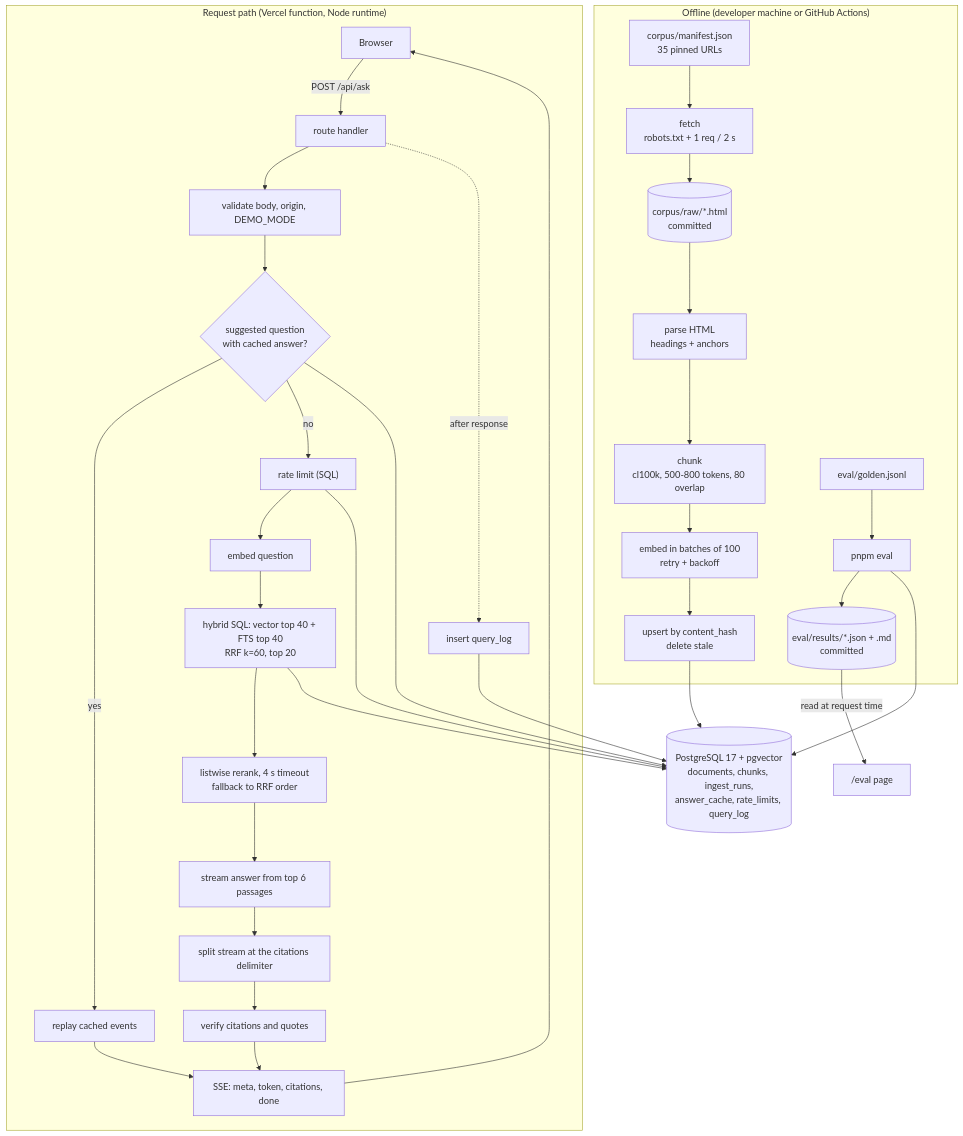
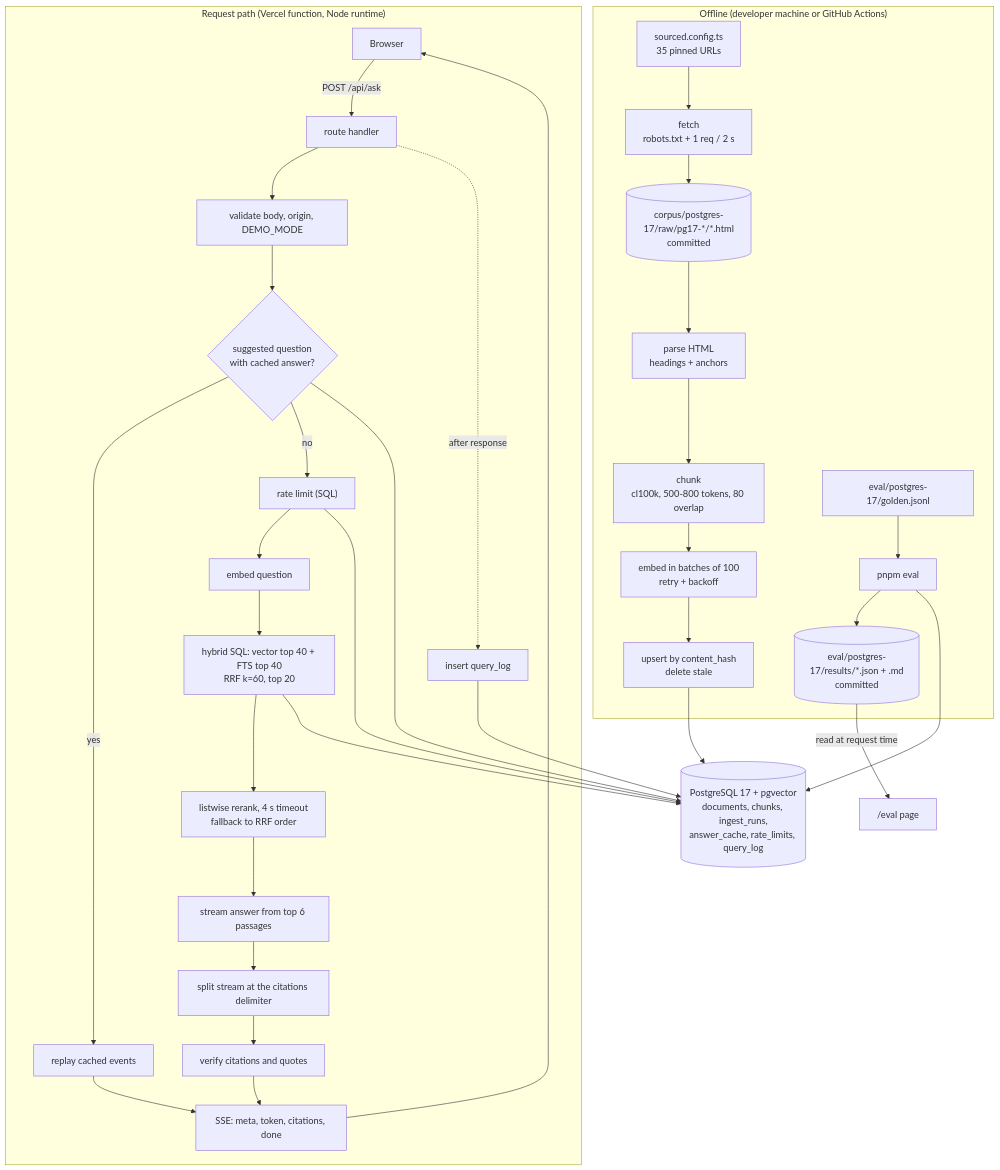
The diagram in README.md (firatkill/sourced), drawn with Mermaid before and after one commit. The commit also changed other lines of this file and 84 other files, not shown here.

````diff
--- a/README.md
+++ b/README.md
@@ -22,40 +22,40 @@
 ```mermaid
 flowchart TB
   subgraph Offline["Offline (developer machine or GitHub Actions)"]
-    MAN["corpus/manifest.json<br/>35 pinned URLs"] --> FET["fetch<br/>robots.txt + 1 req / 2 s"]
-    FET --> RAW[("corpus/raw/*.html<br/>committed")]
+    MAN["sourced.config.ts<br/>35 pinned URLs"] --> FET["fetch<br/>robots.txt + 1 req / 2 s"]
+    FET --> RAW[("corpus/postgres-17/raw/pg17-*/*.html<br/>committed")]
     RAW --> PAR["parse HTML<br/>headings + anchors"]
     PAR --> CHK["chunk<br/>cl100k, 500-800 tokens, 80 overlap"]
     CHK --> EMB["embed in batches of 100<br/>retry + backoff"]
     EMB --> UPS["upsert by content_hash<br/>delete stale"]
-    GOLD["eval/golden.jsonl"] --> EVAL["pnpm eval"]
-    EVAL --> RES[("eval/results/*.json + .md<br/>committed")]
+    GOLD["eval/postgres-17/golden.jsonl"] --> EVAL["pnpm eval"]
+    EVAL --> RES[("eval/postgres-17/results/*.json + .md<br/>committed")]
   end
 
   UPS --> DB[("PostgreSQL 17 + pgvector<br/>documents, chunks, ingest_runs,<br/>answer_cache, rate_limits, query_log")]
   EVAL --> DB
 
   subgraph Request["Request path (Vercel function, Node runtime)"]
     BR["Browser"] -->|"POST /api/ask"| RT["route handler"]
     RT --> VAL["validate body, origin, DEMO_MODE"]
     VAL --> CQ{"suggested question<br/>with cached answer?"}
     CQ -->|yes| REP["replay cached events"]
     CQ -->|no| RL["rate limit (SQL)"]
     RL --> EQ["embed question"]
     EQ --> HS["hybrid SQL: vector top 40 + FTS top 40<br/>RRF k=60, top 20"]
     HS --> RR["listwise rerank, 4 s timeout<br/>fallback to RRF order"]
     RR --> GEN["stream answer from top 6 passages"]
     GEN --> SPL["split stream at the citations delimiter"]
     SPL --> VER["verify citations and quotes"]
     VER --> SSE["SSE: meta, token, citations, done"]
     REP --> SSE
     SSE --> BR
     RT -.->|after response| QL["insert query_log"]
   end
 
   RES -->|read at request time| EVP["/eval page"]
   HS --> DB
   RL --> DB
   QL --> DB
   CQ --> DB
 ```
````
